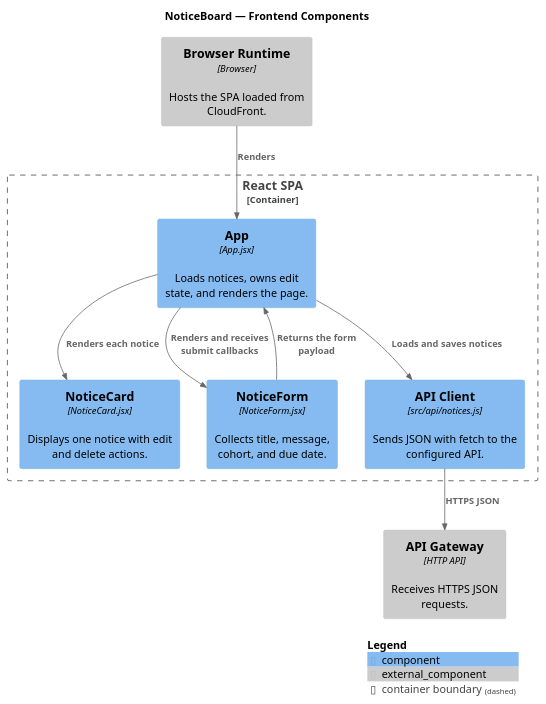
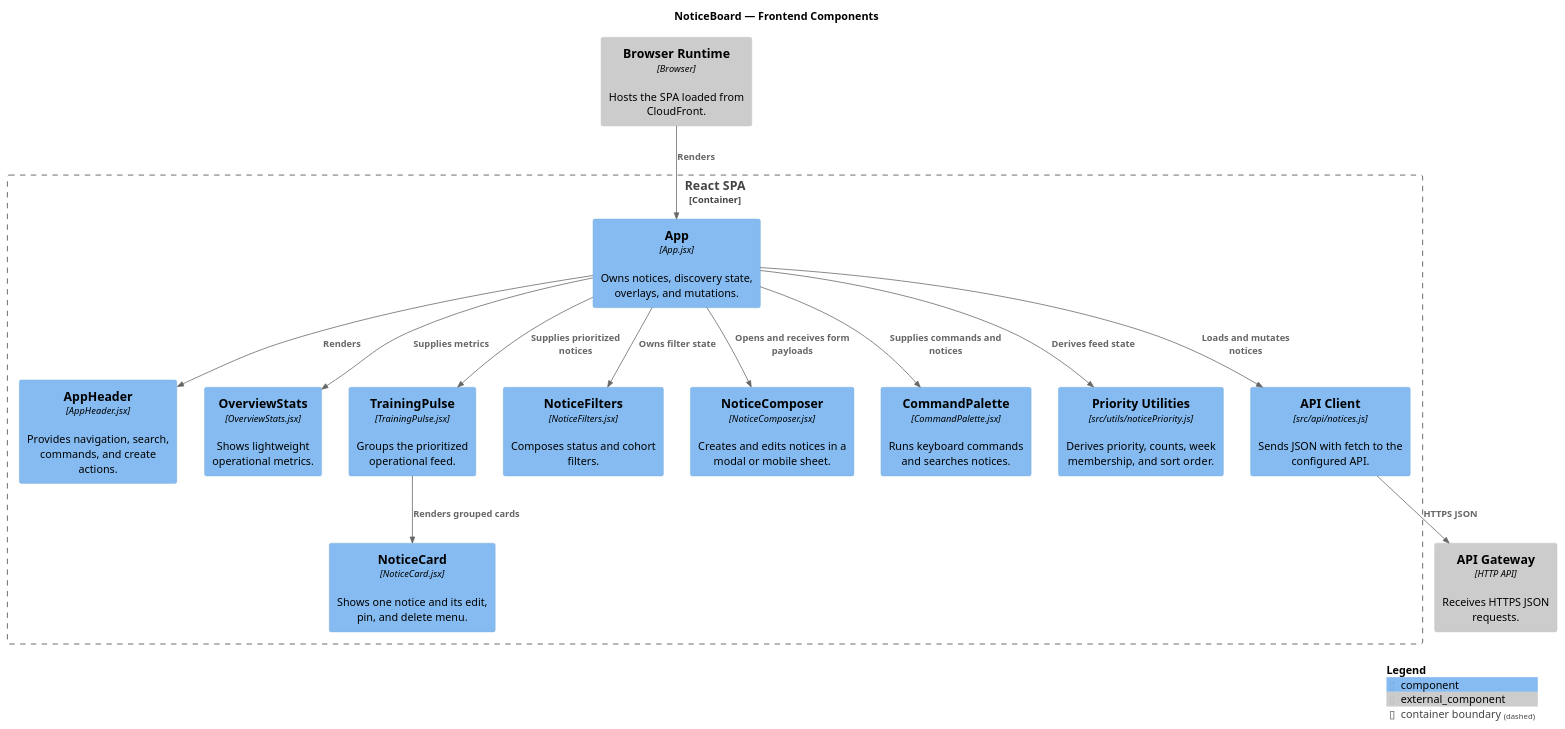
Before and after one commit to JosvierR/workshops-noticeboard-clean: the diagram in workshops/fullstack-aws/projects/submissions/josvier-rodriguez/docs/architecture/c4/03-frontend-components.puml, drawn with PlantUML. The commit also changed 31 other files, not shown here.

Commit message:
feat: launch NoticeBoard Training Pulse

```diff
--- a/workshops/fullstack-aws/projects/submissions/josvier-rodriguez/docs/architecture/c4/03-frontend-components.puml
+++ b/workshops/fullstack-aws/projects/submissions/josvier-rodriguez/docs/architecture/c4/03-frontend-components.puml
@@ -1,24 +1,35 @@
 @startuml NoticeBoard Frontend Components
 !include https://raw.githubusercontent.com/plantuml-stdlib/C4-PlantUML/master/C4_Component.puml
 
 title NoticeBoard — Frontend Components
 
 Container_Boundary(spa, "React SPA") {
-    Component(app, "App", "App.jsx", "Loads notices, owns edit state, and renders the page.")
-    Component(form, "NoticeForm", "NoticeForm.jsx", "Collects title, message, cohort, and due date.")
-    Component(card, "NoticeCard", "NoticeCard.jsx", "Displays one notice with edit and delete actions.")
+    Component(app, "App", "App.jsx", "Owns notices, discovery state, overlays, and mutations.")
+    Component(header, "AppHeader", "AppHeader.jsx", "Provides navigation, search, commands, and create actions.")
+    Component(stats, "OverviewStats", "OverviewStats.jsx", "Shows lightweight operational metrics.")
+    Component(pulse, "TrainingPulse", "TrainingPulse.jsx", "Groups the prioritized operational feed.")
+    Component(filters, "NoticeFilters", "NoticeFilters.jsx", "Composes status and cohort filters.")
+    Component(composer, "NoticeComposer", "NoticeComposer.jsx", "Creates and edits notices in a modal or mobile sheet.")
+    Component(card, "NoticeCard", "NoticeCard.jsx", "Shows one notice and its edit, pin, and delete menu.")
+    Component(commands, "CommandPalette", "CommandPalette.jsx", "Runs keyboard commands and searches notices.")
+    Component(priority, "Priority Utilities", "src/utils/noticePriority.js", "Derives priority, counts, week membership, and sort order.")
     Component(client, "API Client", "src/api/notices.js", "Sends JSON with fetch to the configured API.")
 }
 
 Component_Ext(browser, "Browser Runtime", "Browser", "Hosts the SPA loaded from CloudFront.")
 Component_Ext(api, "API Gateway", "HTTP API", "Receives HTTPS JSON requests.")
 
 Rel(browser, app, "Renders")
-Rel(app, form, "Renders and receives submit callbacks")
-Rel(app, card, "Renders each notice")
-Rel(form, app, "Returns the form payload")
-Rel(app, client, "Loads and saves notices")
+Rel(app, header, "Renders")
+Rel(app, stats, "Supplies metrics")
+Rel(app, pulse, "Supplies prioritized notices")
+Rel(app, filters, "Owns filter state")
+Rel(app, composer, "Opens and receives form payloads")
+Rel(app, commands, "Supplies commands and notices")
+Rel(pulse, card, "Renders grouped cards")
+Rel(app, priority, "Derives feed state")
+Rel(app, client, "Loads and mutates notices")
 Rel(client, api, "HTTPS JSON")
 
 SHOW_LEGEND()
 @enduml
```
